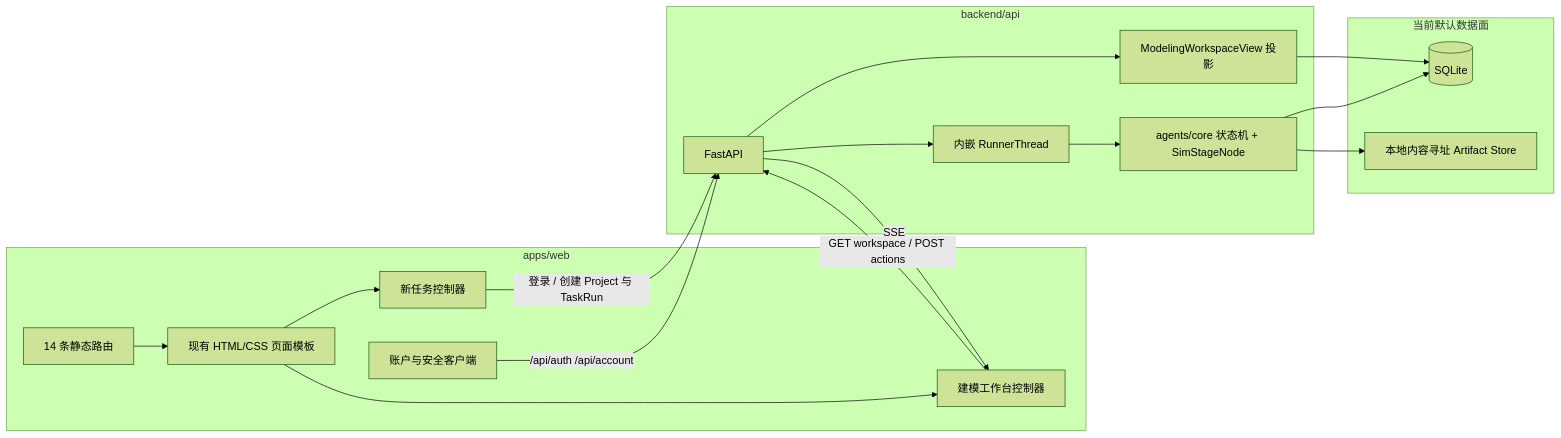
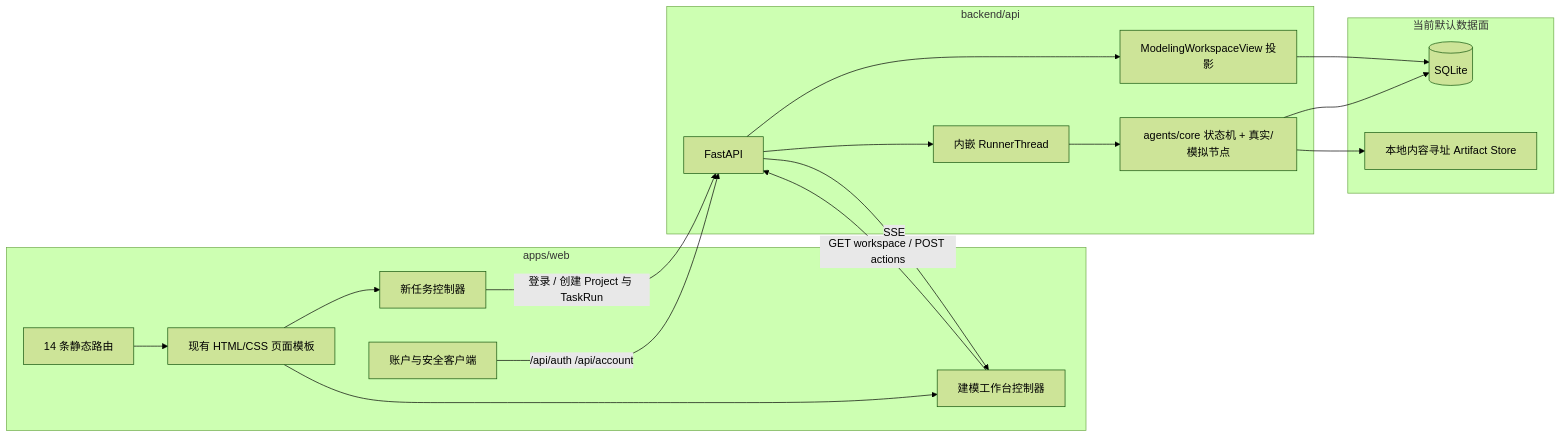
The first of 2 diagrams in docs/architecture/system-overview.md (IvanCodesDev/OpenMathModel), drawn with Mermaid (forest theme) before and after one commit. The commit also changed other lines of this file and 4 other files, not shown here.

````diff
--- a/docs/architecture/system-overview.md
+++ b/docs/architecture/system-overview.md
@@ -15,36 +15,36 @@
 ```mermaid
 flowchart LR
   subgraph Web["apps/web"]
     Routes["14 条静态路由"]
     Templates["现有 HTML/CSS 页面模板"]
     TaskStart["新任务控制器"]
     Controller["建模工作台控制器"]
     Account["账户与安全客户端"]
   end
 
   subgraph API["backend/api"]
     FastAPI["FastAPI"]
     Workspace["ModelingWorkspaceView 投影"]
     Runner["内嵌 RunnerThread"]
-    Engine["agents/core 状态机 + SimStageNode"]
+    Engine["agents/core 状态机 + 真实/模拟节点"]
   end
 
   subgraph LocalData["当前默认数据面"]
     SQLite[("SQLite")]
     Blob["本地内容寻址 Artifact Store"]
   end
 
   Routes --> Templates
   Templates --> TaskStart
   Templates --> Controller
   TaskStart -->|"登录 / 创建 Project 与 TaskRun"| FastAPI
   Controller -->|"GET workspace / POST actions"| FastAPI
   FastAPI -->|"SSE"| Controller
   Account -->|"/api/auth /api/account"| FastAPI
   FastAPI --> Workspace
   Workspace --> SQLite
   FastAPI --> Runner
   Runner --> Engine
   Engine --> SQLite
   Engine --> Blob
 ```
````
